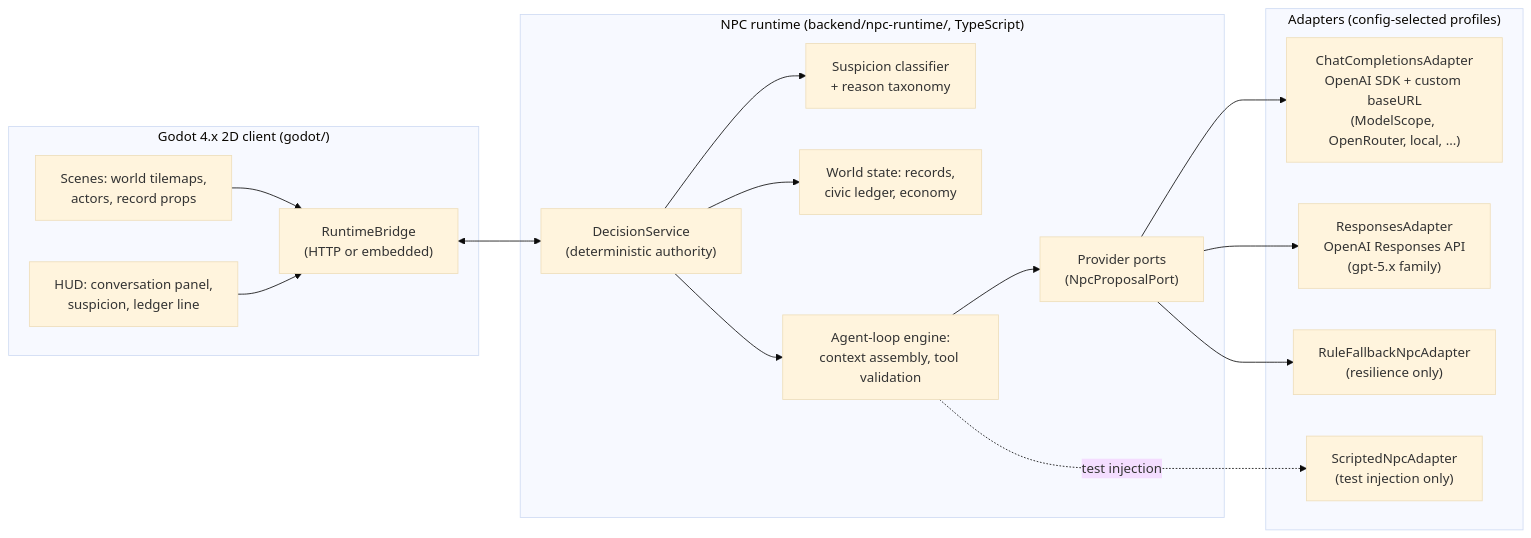
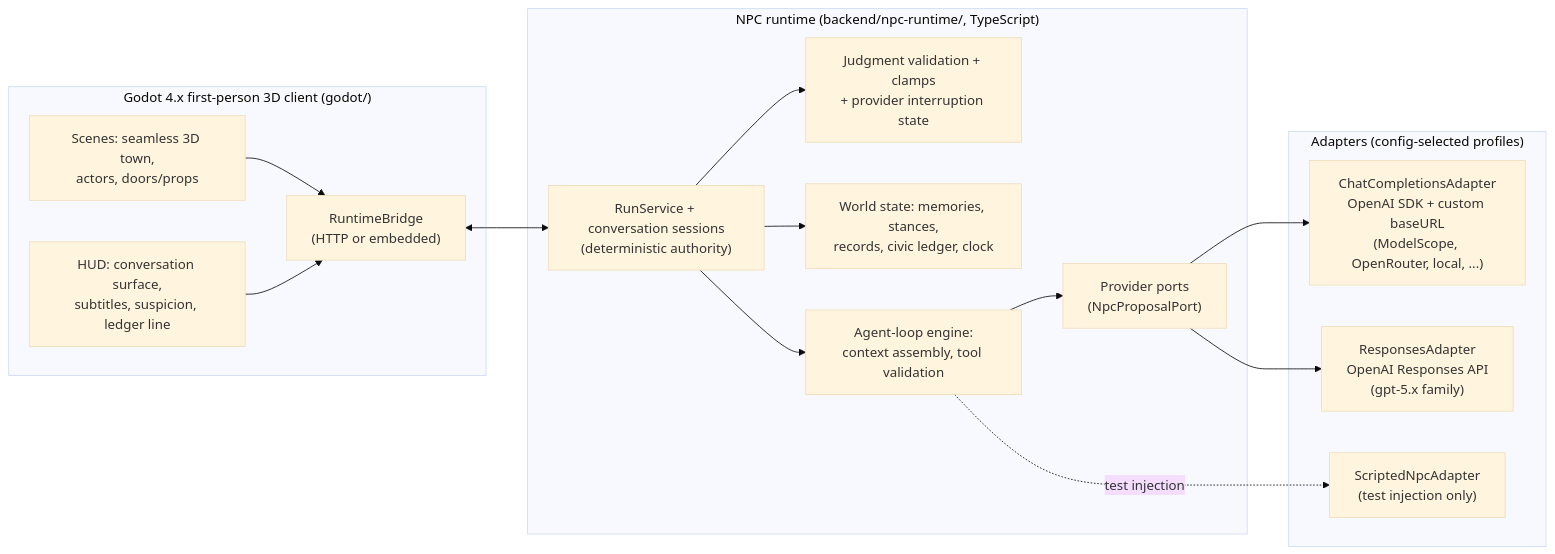
The diagram in docs/tech/architecture.md (gigio1023/dream-of-one), drawn with Mermaid (base theme) before and after one commit. The commit also changed other lines of this file and 617 other files, not shown here.

First line of the commit message:
feat: build the first-person social town (#102)

````diff
--- a/docs/tech/architecture.md
+++ b/docs/tech/architecture.md
@@ -5,35 +5,33 @@
 ```mermaid
 flowchart LR
-    subgraph Client["Godot 4.x 2D client (godot/)"]
-        Scenes["Scenes: world tilemaps,\nactors, record props"]
-        HUD["HUD: conversation panel,\nsuspicion, ledger line"]
+    subgraph Client["Godot 4.x first-person 3D client (godot/)"]
+        Scenes["Scenes: seamless 3D town,\nactors, doors/props"]
+        HUD["HUD: conversation surface,\nsubtitles, suspicion, ledger line"]
         Bridge["RuntimeBridge\n(HTTP or embedded)"]
     end
 
     subgraph Runtime["NPC runtime (backend/npc-runtime/, TypeScript)"]
-        Decision["DecisionService\n(deterministic authority)"]
-        Suspicion["Suspicion classifier\n+ reason taxonomy"]
-        World["World state: records,\ncivic ledger, economy"]
+        Decision["RunService + conversation sessions\n(deterministic authority)"]
+        Suspicion["Judgment validation + clamps\n+ provider interruption state"]
+        World["World state: memories, stances,\nrecords, civic ledger, clock"]
         Agent["Agent-loop engine:\ncontext assembly, tool validation"]
         Ports["Provider ports\n(NpcProposalPort)"]
     end
 
     subgraph Providers["Adapters (config-selected profiles)"]
         CC["ChatCompletionsAdapter\nOpenAI SDK + custom baseURL\n(ModelScope, OpenRouter, local, ...)"]
         RESP["ResponsesAdapter\nOpenAI Responses API\n(gpt-5.x family)"]
-        FALLBACK["RuleFallbackNpcAdapter\n(resilience only)"]
         SCRIPTED["ScriptedNpcAdapter\n(test injection only)"]
     end
 
     Scenes --> Bridge
     HUD --> Bridge
     Bridge <--> Decision
     Decision --> Suspicion
     Decision --> World
     Decision --> Agent
     Agent --> Ports
     Ports --> CC
     Ports --> RESP
-    Ports --> FALLBACK
     Agent -. test injection .-> SCRIPTED
 ```
````
